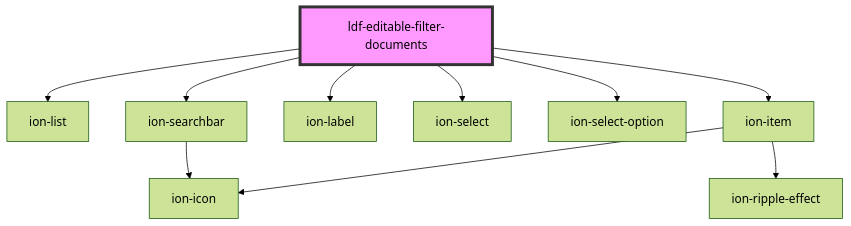
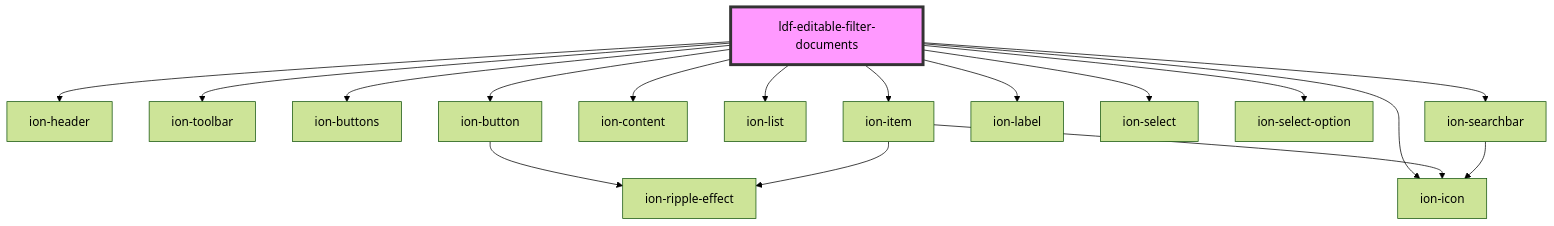
One commit to gbj/venite changed the diagram in components/src/components/editable-filter-documents/readme.md. Above: the diagram before and after it, drawn with Mermaid (forest theme). The commit also changed other lines of this file and 18 other files, not shown here.

````diff
--- a/components/src/components/editable-filter-documents/readme.md
+++ b/components/src/components/editable-filter-documents/readme.md
@@ -36,13 +67,20 @@
 ```mermaid
 graph TD;
+  ldf-editable-filter-documents --> ion-header
+  ldf-editable-filter-documents --> ion-toolbar
+  ldf-editable-filter-documents --> ion-buttons
+  ldf-editable-filter-documents --> ion-button
+  ldf-editable-filter-documents --> ion-icon
+  ldf-editable-filter-documents --> ion-content
   ldf-editable-filter-documents --> ion-list
   ldf-editable-filter-documents --> ion-item
   ldf-editable-filter-documents --> ion-label
   ldf-editable-filter-documents --> ion-select
   ldf-editable-filter-documents --> ion-select-option
   ldf-editable-filter-documents --> ion-searchbar
+  ion-button --> ion-ripple-effect
   ion-item --> ion-icon
   ion-item --> ion-ripple-effect
   ion-searchbar --> ion-icon
   style ldf-editable-filter-documents fill:#f9f,stroke:#333,stroke-width:4px
 ```
````
